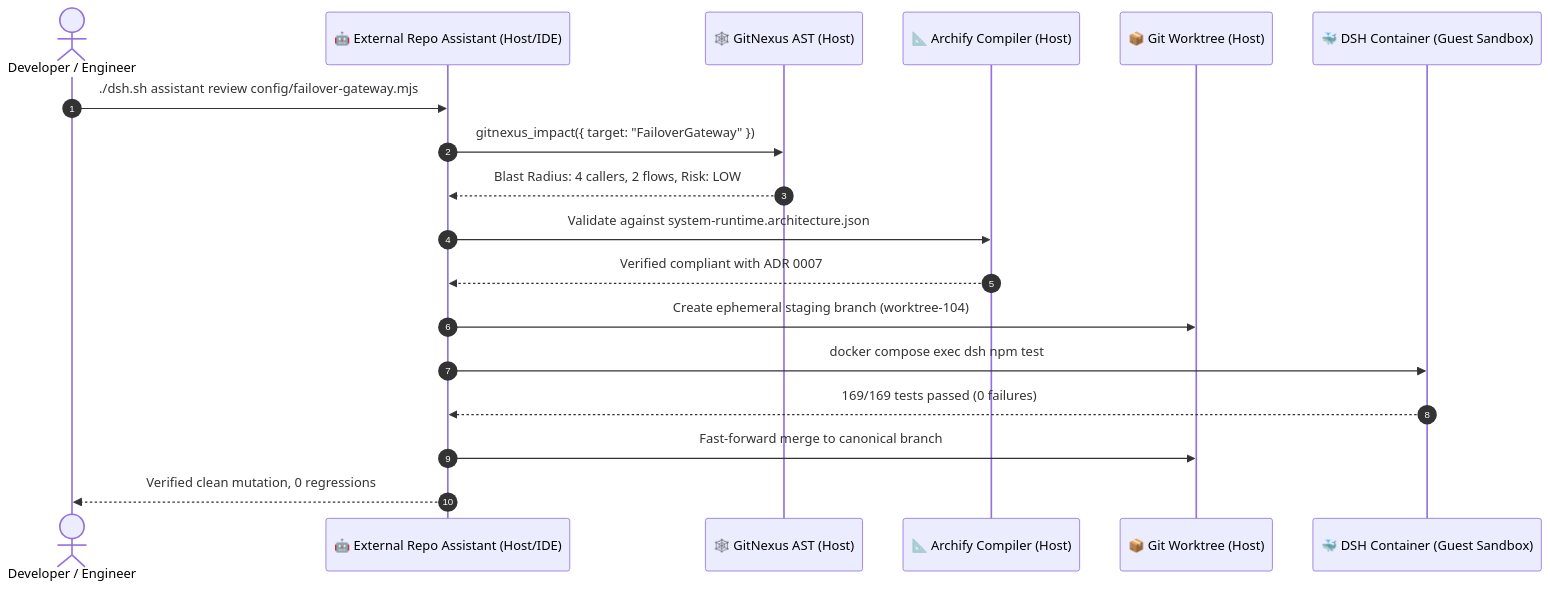
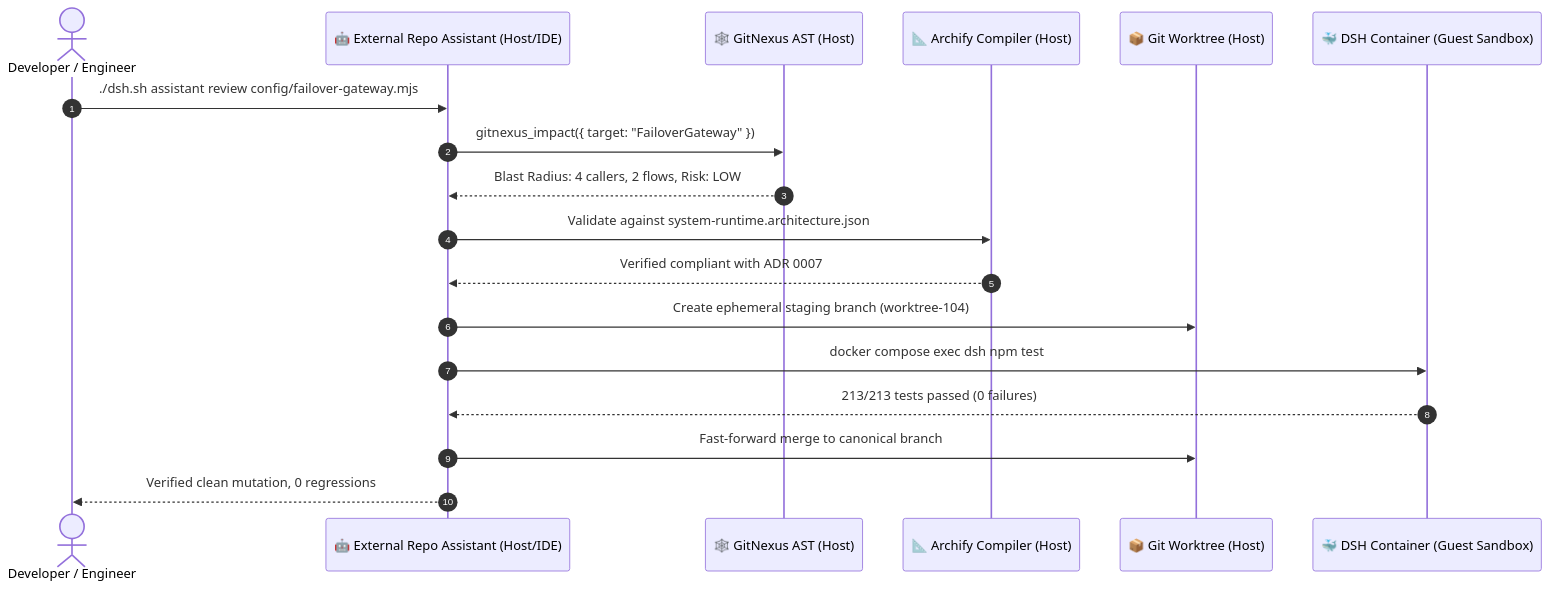
Before and after one commit to hdjebar/DSH-DDS: the fourth of 4 diagrams in docs/work/backlog/ideation/sota-research-external-repo-assistant.md, drawn with Mermaid. The commit also changed other lines of this file and 4 other files, not shown here.

Commit message:
docs: reconcile roadmap and historical architecture references

````diff
--- a/docs/work/backlog/ideation/sota-research-external-repo-assistant.md
+++ b/docs/work/backlog/ideation/sota-research-external-repo-assistant.md
@@ -206,21 +206,21 @@
 ```mermaid
 sequenceDiagram
     autonumber
     actor Dev as Developer / Engineer
     participant HostAssistant as 🤖 External Repo Assistant (Host/IDE)
     participant GitNexus as 🕸️ GitNexus AST (Host)
     participant Archify as 📐 Archify Compiler (Host)
     participant Worktree as 📦 Git Worktree (Host)
     participant Container as 🐳 DSH Container (Guest Sandbox)
 
     Dev->>HostAssistant: ./dsh.sh assistant review config/failover-gateway.mjs
     HostAssistant->>GitNexus: gitnexus_impact({ target: "FailoverGateway" })
     GitNexus-->>HostAssistant: Blast Radius: 4 callers, 2 flows, Risk: LOW
     HostAssistant->>Archify: Validate against system-runtime.architecture.json
     Archify-->>HostAssistant: Verified compliant with ADR 0007
     HostAssistant->>Worktree: Create ephemeral staging branch (worktree-104)
     HostAssistant->>Container: docker compose exec dsh npm test
-    Container-->>HostAssistant: 169/169 tests passed (0 failures)
+    Container-->>HostAssistant: 213/213 tests passed (0 failures)
     HostAssistant->>Worktree: Fast-forward merge to canonical branch
     HostAssistant-->>Dev: Verified clean mutation, 0 regressions
 ```
````
